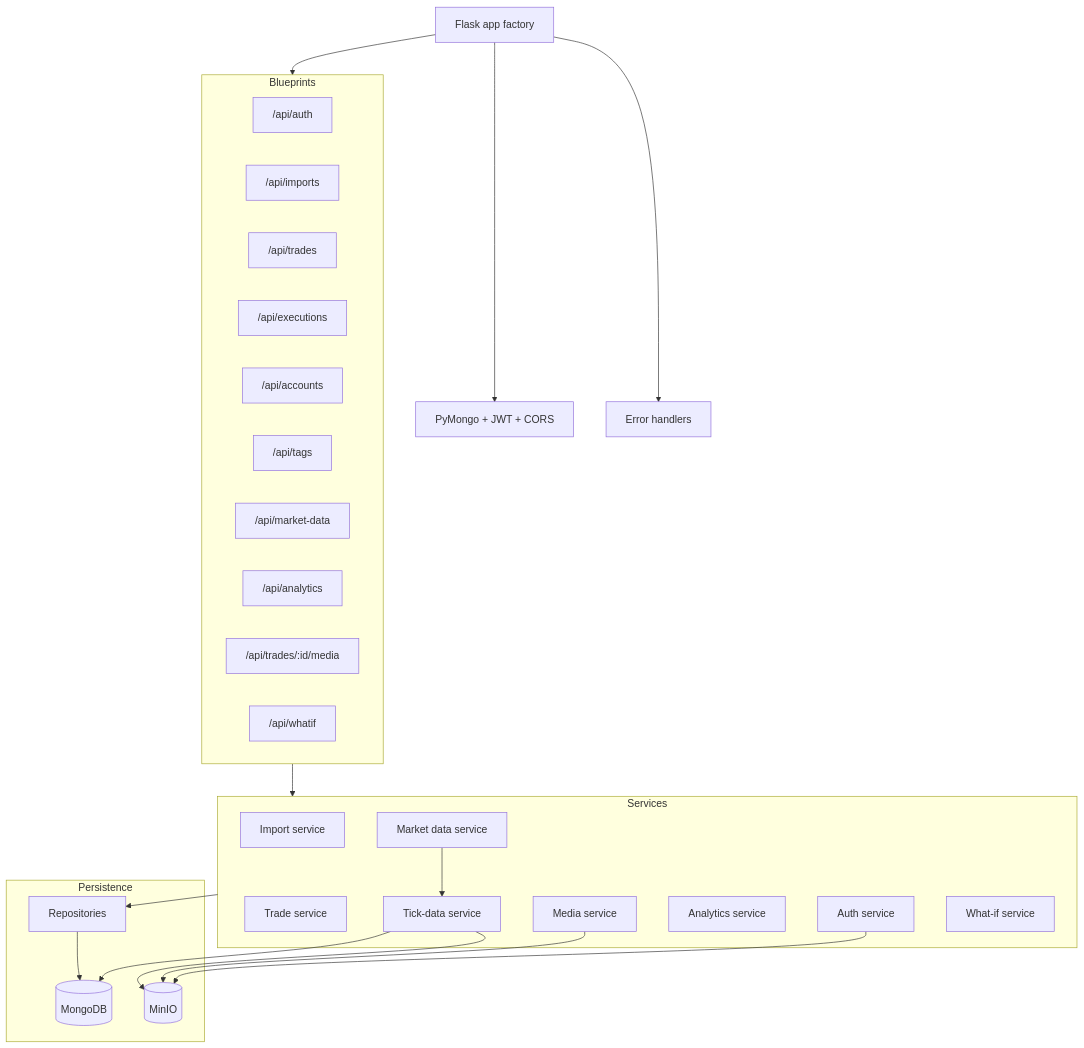
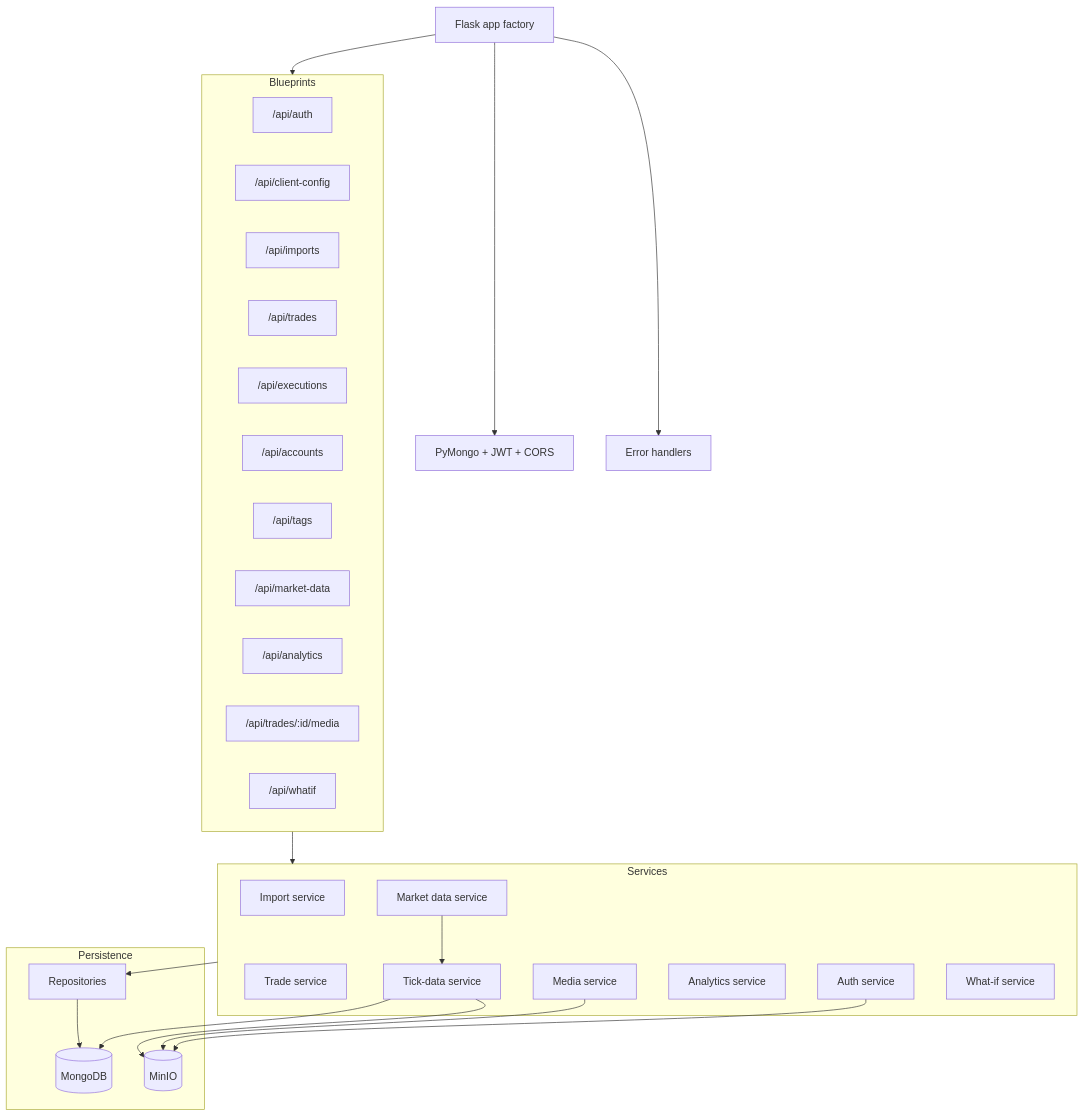
One commit to diridevelops/JanusEdge changed the first of 7 diagrams in docs/architecture/backend.md. Above: the diagram before and after it, drawn with Mermaid. The commit also changed other lines of this file and 23 other files, not shown here.

First line of the commit message:
Add client-config endpoint for upload rules and formats

````diff
--- a/docs/architecture/backend.md
+++ b/docs/architecture/backend.md
@@ -17,48 +17,49 @@
 ```mermaid
 graph TB
 	App[Flask app factory]
 	Extensions[PyMongo + JWT + CORS]
 	Errors[Error handlers]
 
 	subgraph Blueprints
 		Auth["/api/auth"]
+		ClientConfig["/api/client-config"]
 		Imports["/api/imports"]
 		Trades["/api/trades"]
 		Executions["/api/executions"]
 		Accounts["/api/accounts"]
 		Tags["/api/tags"]
 		Market["/api/market-data"]
 		Analytics["/api/analytics"]
 		Media["/api/trades/:id/media"]
 		WhatIf["/api/whatif"]
 	end
 
 	subgraph Services
 		ImportSvc[Import service]
 		TradeSvc[Trade service]
 		AuthSvc[Auth service]
 		MarketSvc[Market data service]
 		TickDataSvc[Tick-data service]
 		AnalyticsSvc[Analytics service]
 		MediaSvc[Media service]
 		WhatIfSvc[What-if service]
 	end
 
 	subgraph Persistence
 		Repos[Repositories]
 		Mongo[(MongoDB)]
 		MinIO[(MinIO)]
 	end
 
 	App --> Extensions
 	App --> Errors
 	App --> Blueprints
 	Blueprints --> Services
 	Services --> Repos
 	Repos --> Mongo
 	MarketSvc --> TickDataSvc
 	TickDataSvc --> MinIO
 	TickDataSvc --> Mongo
 	MediaSvc --> MinIO
 	AuthSvc --> MinIO
 ```
````
